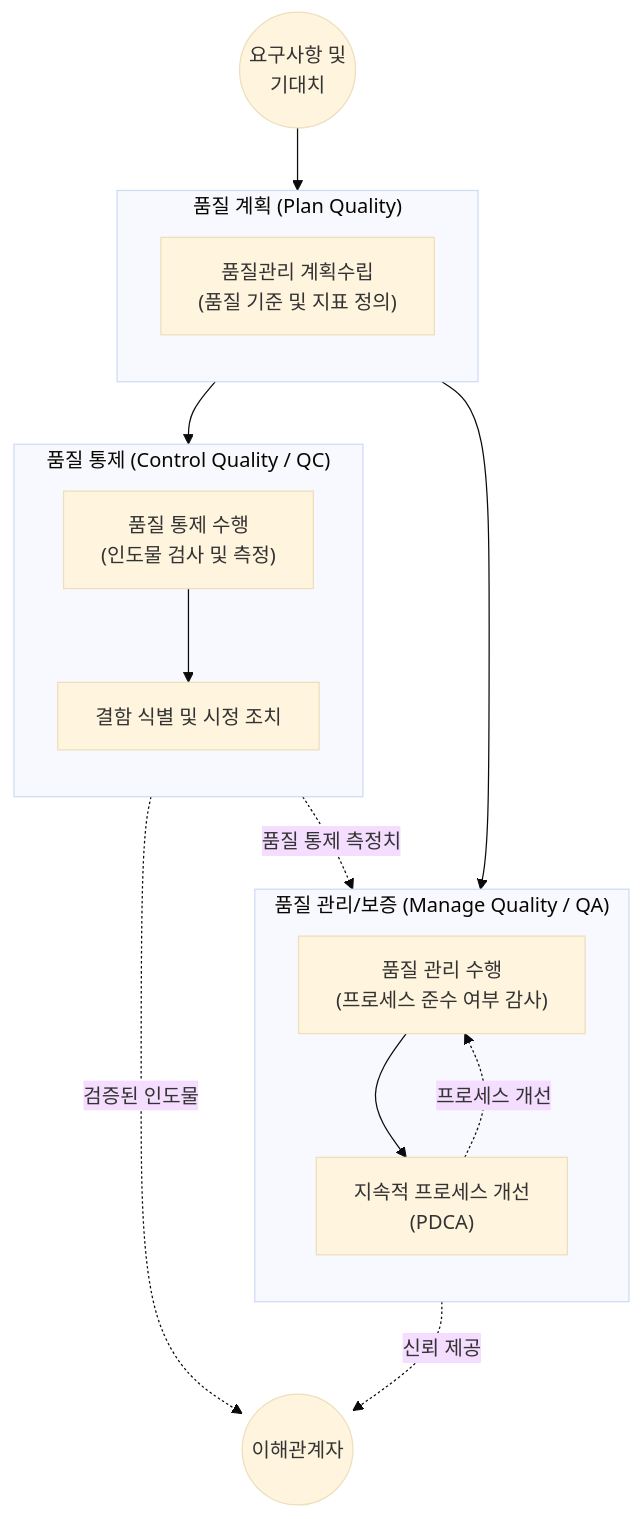
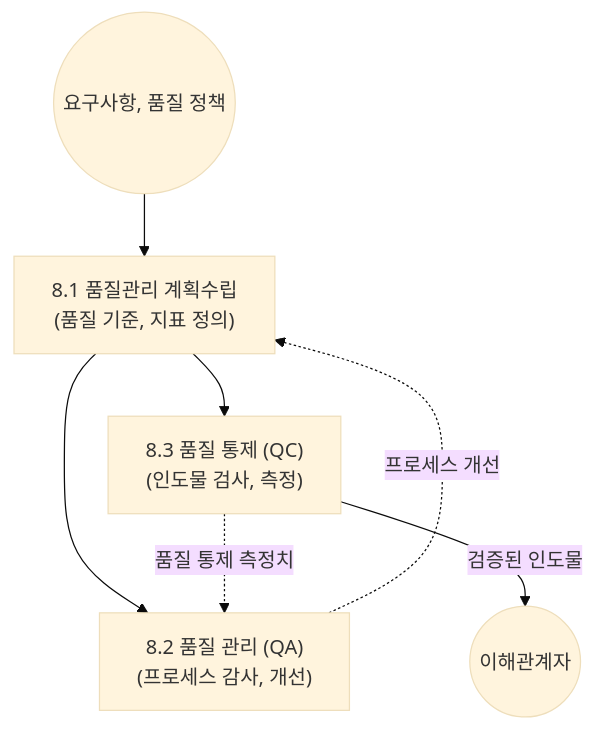
The diagram in content/01_IT Tech/프로젝트 품질관리.md (supremethumb/supremethumb.github.io), drawn with Mermaid (base theme) before and after one commit. The commit also changed other lines of this file and 1087 other files, not shown here.

````diff
--- a/content/01_IT Tech/프로젝트 품질관리.md
+++ b/content/01_IT Tech/프로젝트 품질관리.md
@@ -28,33 +35,9 @@
 ```mermaid
 flowchart TD
-    subgraph "품질 계획 (Plan Quality)"
-        direction TB
-        Plan["품질관리 계획수립<br/>(품질 기준 및 지표 정의)"]
-    end
-    
-    subgraph "품질 관리/보증 (Manage Quality / QA)"
-        direction TB
-        QA["품질 관리 수행<br/>(프로세스 준수 여부 감사)"]
-        Improve["지속적 프로세스 개선<br/>(PDCA)"]
-        
-        QA --> Improve
-        Improve -. "프로세스 개선" .-> QA
-    end
-    
-    subgraph "품질 통제 (Control Quality / QC)"
-        direction TB
-        QC["품질 통제 수행<br/>(인도물 검사 및 측정)"]
-        Test["결함 식별 및 시정 조치"]
-        
-        QC --> Test
-    end
-    
-    Requirements(("요구사항 및<br/>기대치")) --> Plan
-    Plan --> QA
-    Plan --> QC
-    
-    QA -. "신뢰 제공" .-> Stakeholder(("이해관계자"))
-    QC -. "검증된 인도물" .-> Stakeholder
-    QC -. "품질 통제 측정치" .-> QA
-
+    Req(("요구사항, 품질 정책")) --> Plan["8.1 품질관리 계획수립<br/>(품질 기준, 지표 정의)"]
+    Plan --> MQ["8.2 품질 관리 (QA)<br/>(프로세스 감사, 개선)"]
+    Plan --> CQ["8.3 품질 통제 (QC)<br/>(인도물 검사, 측정)"]
+    CQ -. "품질 통제 측정치" .-> MQ
+    MQ -. "프로세스 개선" .-> Plan
+    CQ -->|"검증된 인도물"| SH(("이해관계자"))
 ```
````
